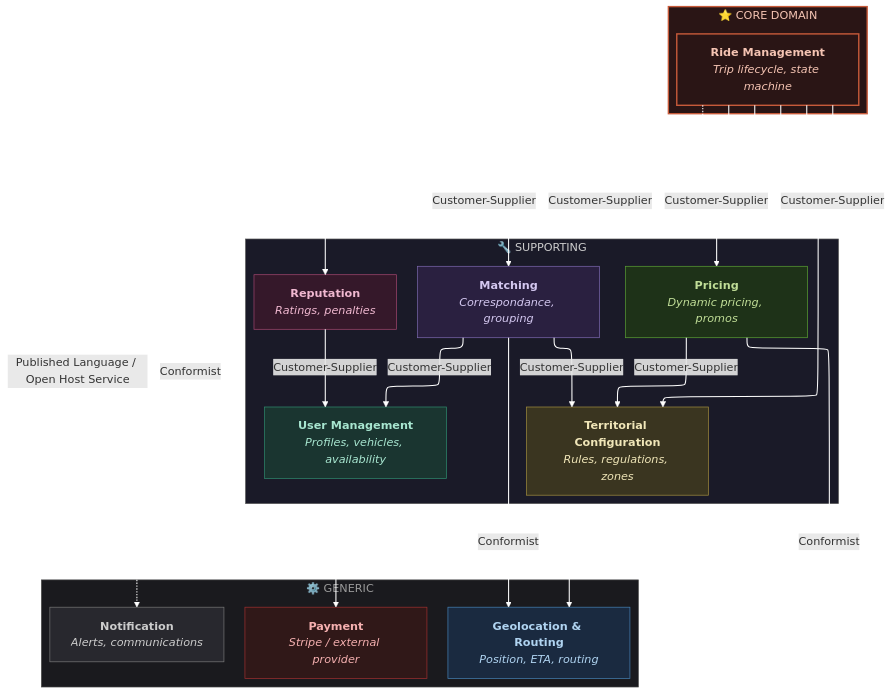
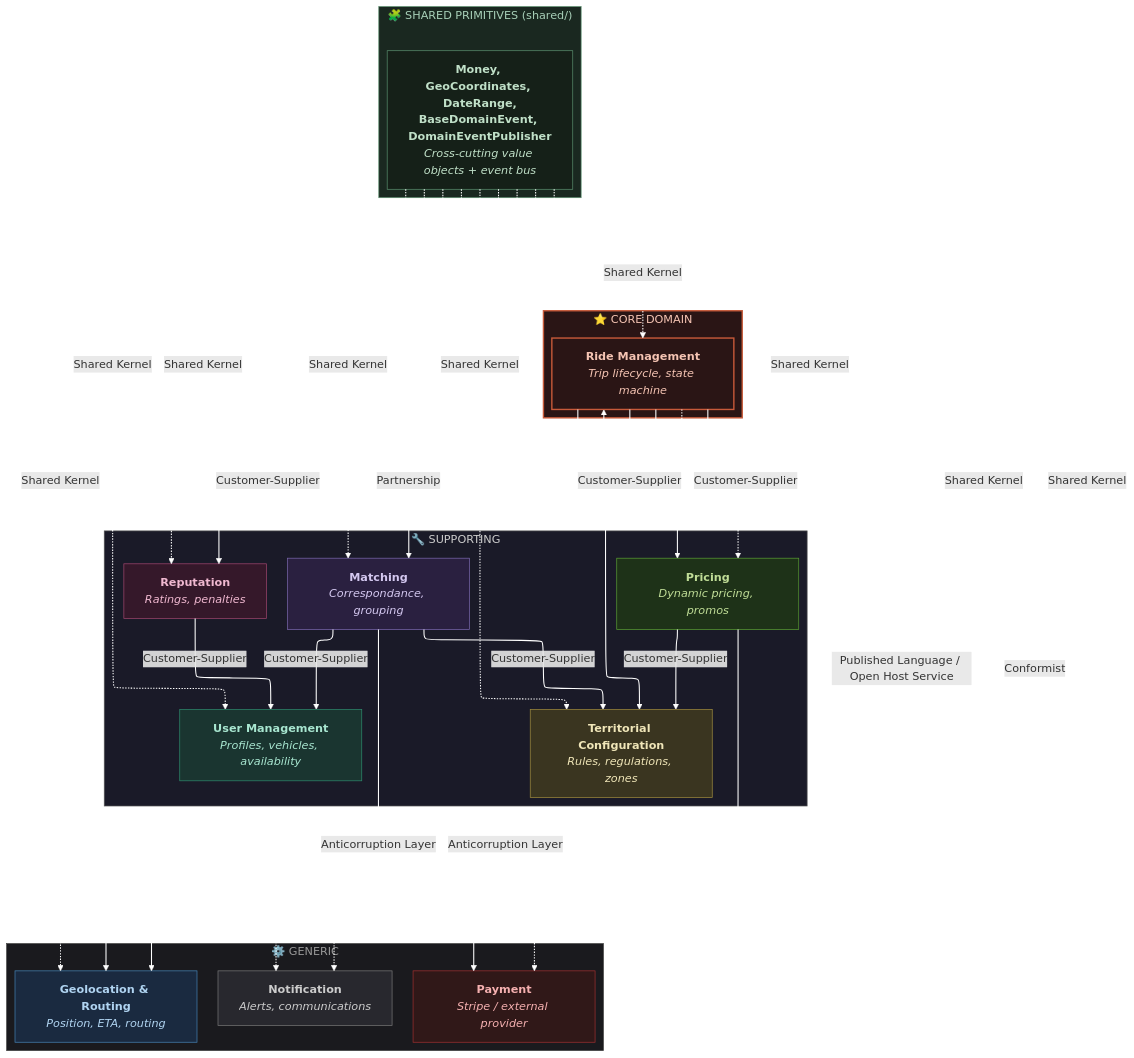
The diagram in documentation/context_map.mermaid (Jaden38/DDDriveByeBye), drawn with Mermaid before and after one commit.

Commit message:
docs: refine context map relationships
- ride-management ↔ matching reclassified as Partnership: bidirectional
  event flow (RideRequestedEvent / MatchFoundEvent), shared fate — if
  either fails, no ride completes.
- matching → geolocation reclassified as Anticorruption Layer:
  GeolocationPort + StubGeolocationAdapter is the textbook ACL pattern,
  not Conformist. Same for pricing → geolocation (forward-looking).
- Added the shared/ primitives node (Money, GeoCoordinates, DateRange,
  BaseDomainEvent, DomainEventPublisher) with Shared Kernel edges to
  every bounded context, since every module depends on these.

The other Customer/Supplier edges stay — RM → PR / RE / TC and
MA → UM / TC are genuinely directional reads, not shared-fate.

```diff
--- a/documentation/context_map.mermaid
+++ b/documentation/context_map.mermaid
@@ -1,64 +1,88 @@
 ---
 config:
   layout: elk
 ---
 flowchart TB
     subgraph GENERIC["⚙️ GENERIC"]
         direction LR
         GE["<b>Geolocation & Routing</b><br/><i>Position, ETA, routing</i>"]
         NO["<b>Notification</b><br/><i>Alerts, communications</i>"]
         PA["<b>Payment</b><br/><i>Stripe / external provider</i>"]
     end
 
     subgraph SUPPORTING["🔧 SUPPORTING"]
         direction LR
         TC["<b>Territorial Configuration</b><br/><i>Rules, regulations, zones</i>"]
         UM["<b>User Management</b><br/><i>Profiles, vehicles, availability</i>"]
         MA["<b>Matching</b><br/><i>Correspondance, grouping</i>"]
         PR["<b>Pricing</b><br/><i>Dynamic pricing, promos</i>"]
         RE["<b>Reputation</b><br/><i>Ratings, penalties</i>"]
     end
 
     subgraph CORE["⭐ CORE DOMAIN"]
         RM["<b>Ride Management</b><br/><i>Trip lifecycle, state machine</i>"]
     end
 
+    subgraph KERNEL["🧩 SHARED PRIMITIVES (shared/)"]
+        SK["<b>Money, GeoCoordinates, DateRange,<br/>BaseDomainEvent, DomainEventPublisher</b><br/><i>Cross-cutting value objects + event bus</i>"]
+    end
+
+    %% Partnership: bidirectional event flow, shared fate.
+    %% RM emits RideRequestedEvent (MA consumes), MA emits MatchFoundEvent (RM consumes).
+    RM <-->|Partnership| MA
+
+    %% Anticorruption Layer: matching defines GeolocationPort, infra ships an adapter.
+    MA -->|Anticorruption Layer| GE
+
     MA -->|Customer-Supplier| TC
-    MA -->|Conformist| GE
     MA -->|Customer-Supplier| UM
-    PR -->|Conformist| GE
+    PR -->|Anticorruption Layer| GE
     PR -->|Customer-Supplier| TC
-    RM -->|Customer-Supplier| MA
     RM -->|Customer-Supplier| PR
     RM -->|Conformist| PA
     RM -->|Customer-Supplier| RE
     RM -->|Customer-Supplier| TC
     RE -->|Customer-Supplier| UM
     RM -.->|Published Language / Open Host Service| NO
 
+    %% Every bounded context depends on the shared primitives.
+    SK -.->|Shared Kernel| RM
+    SK -.->|Shared Kernel| MA
+    SK -.->|Shared Kernel| GE
+    SK -.->|Shared Kernel| TC
+    SK -.->|Shared Kernel| UM
+    SK -.->|Shared Kernel| PR
+    SK -.->|Shared Kernel| RE
+    SK -.->|Shared Kernel| PA
+    SK -.->|Shared Kernel| NO
+
     linkStyle default stroke:#ffffff,stroke-width:1.5px,color:#ffffff
 
     classDef coreStyle fill:#2a1515,stroke:#c75a3a,stroke-width:2px,color:#f5c4b3
     classDef supportingStyle fill:#1a1a28,stroke:#555,stroke-width:1px,color:#ccc
     classDef genericStyle fill:#1a1a1e,stroke:#444,stroke-width:1px,color:#999
+    classDef kernelStyle fill:#1a2820,stroke:#5a8e6e,stroke-width:1px,color:#a8d0b8
+    classDef skStyle fill:#152018,stroke:#5a8e6e,color:#c0e0c8
     classDef tcStyle fill:#3a3520,stroke:#a08c3e,color:#f0e6b8
     classDef umStyle fill:#1a3530,stroke:#2e8b6e,color:#a8e6d0
     classDef maStyle fill:#2a2040,stroke:#7b68ae,color:#d4c8f0
     classDef geStyle fill:#1a2a40,stroke:#4682b4,color:#b0d4f1
     classDef prStyle fill:#1e3218,stroke:#5a9e34,color:#c0dd97
     classDef reStyle fill:#35182a,stroke:#a0466e,color:#f0b8d0
     classDef paStyle fill:#301818,stroke:#a03030,color:#f5b0b0
     classDef noStyle fill:#28282e,stroke:#777,color:#ccc
 
     class CORE coreStyle
     class SUPPORTING supportingStyle
     class GENERIC genericStyle
+    class KERNEL kernelStyle
+    class SK skStyle
     class TC tcStyle
     class UM umStyle
     class MA maStyle
     class GE geStyle
     class RM coreStyle
     class PR prStyle
     class RE reStyle
     class PA paStyle
     class NO noStyle
```
